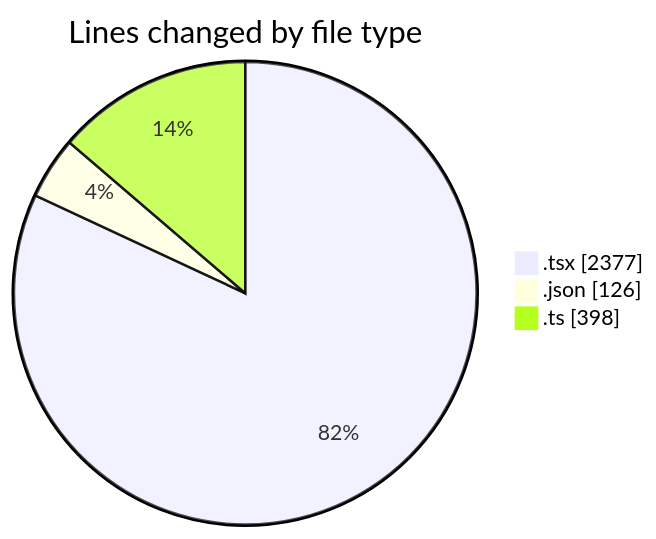
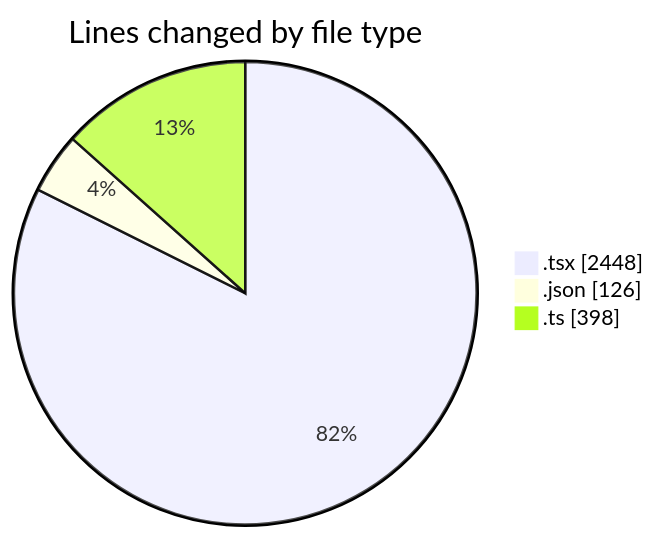
The first of 2 diagrams in 2026-03-30/nxtqube_webapp/README.md (nxtqubesakshisongat/code-tracking), drawn with Mermaid before and after one commit. The commit also changed other lines of this file and 1 other file, not shown here.

````diff
--- a/2026-03-30/nxtqube_webapp/README.md
+++ b/2026-03-30/nxtqube_webapp/README.md
@@ -25,7 +26,7 @@
 ```mermaid
 pie showData
 title Lines changed by file type
-".tsx" : 2377
+".tsx" : 2448
 ".json" : 126
 ".ts" : 398
 ```
````
